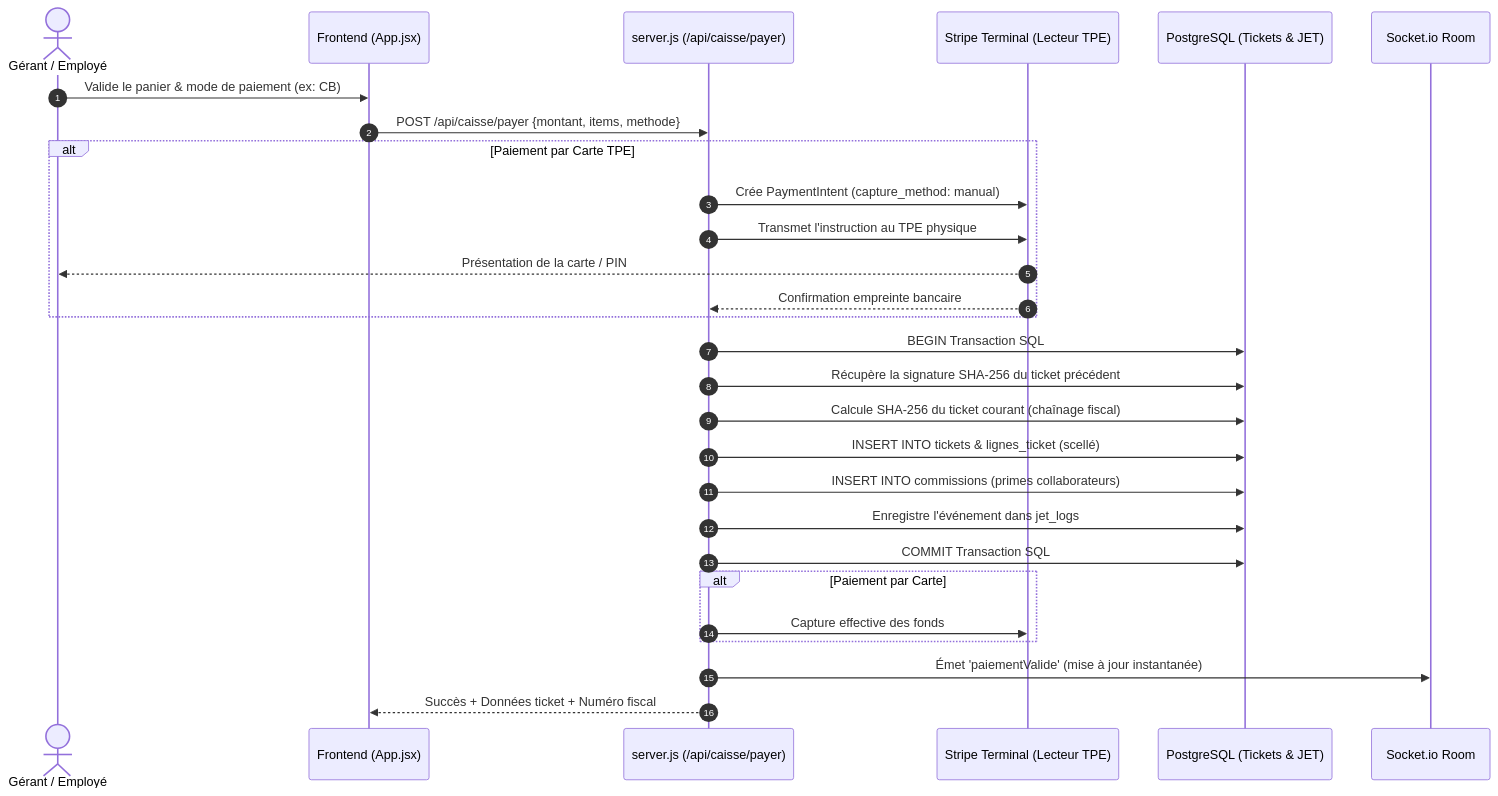
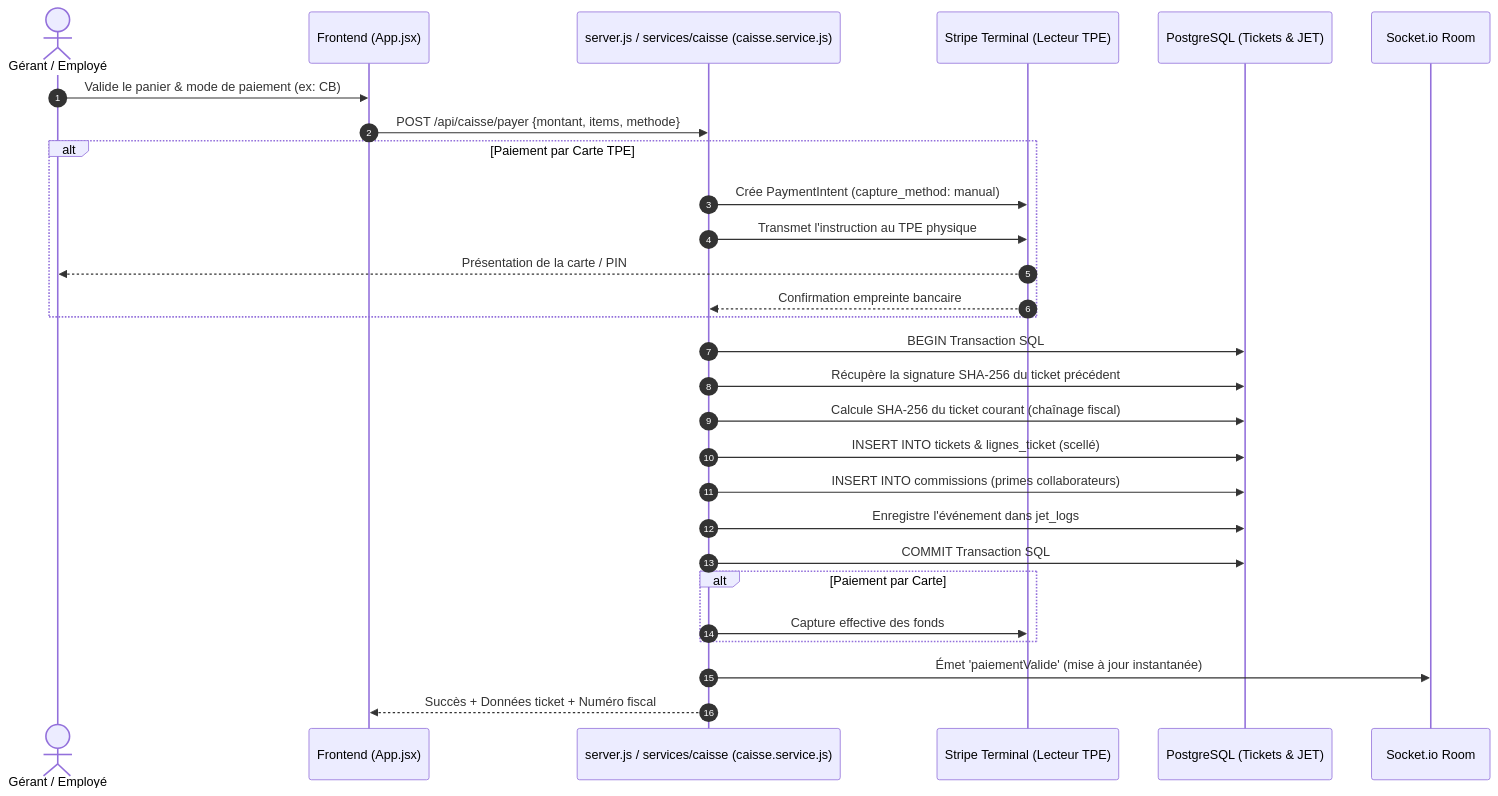
The second of 5 diagrams in docs/ARCHITECTURE.md (valentin-td/APP), drawn with Mermaid before and after one commit. The commit also changed other lines of this file and 7 other files, not shown here.

Commit message:
refactor(etape-14): extraction du domaine caisse smart pos et scellement nf525 (services/caisse)

````diff
--- a/docs/ARCHITECTURE.md
+++ b/docs/ARCHITECTURE.md
@@ -185,31 +186,31 @@
 ```mermaid
 sequenceDiagram
     autonumber
     actor Caisse as Gérant / Employé
     participant Front as Frontend (App.jsx)
-    participant Back as server.js (/api/caisse/payer)
+    participant Back as server.js / services/caisse (caisse.service.js)
     participant Stripe as Stripe Terminal (Lecteur TPE)
     participant DB as PostgreSQL (Tickets & JET)
     participant Socket as Socket.io Room
 
     Caisse->>Front: Valide le panier & mode de paiement (ex: CB)
     Front->>Back: POST /api/caisse/payer {montant, items, methode}
     alt Paiement par Carte TPE
         Back->>Stripe: Crée PaymentIntent (capture_method: manual)
         Back->>Stripe: Transmet l'instruction au TPE physique
         Stripe-->>Caisse: Présentation de la carte / PIN
         Stripe-->>Back: Confirmation empreinte bancaire
     end
     Back->>DB: BEGIN Transaction SQL
     Back->>DB: Récupère la signature SHA-256 du ticket précédent
     Back->>DB: Calcule SHA-256 du ticket courant (chaînage fiscal)
     Back->>DB: INSERT INTO tickets & lignes_ticket (scellé)
     Back->>DB: INSERT INTO commissions (primes collaborateurs)
     Back->>DB: Enregistre l'événement dans jet_logs
     Back->>DB: COMMIT Transaction SQL
     alt Paiement par Carte
         Back->>Stripe: Capture effective des fonds
     end
     Back->>Socket: Émet 'paiementValide' (mise à jour instantanée)
     Back-->>Front: Succès + Données ticket + Numéro fiscal
 ```
````
